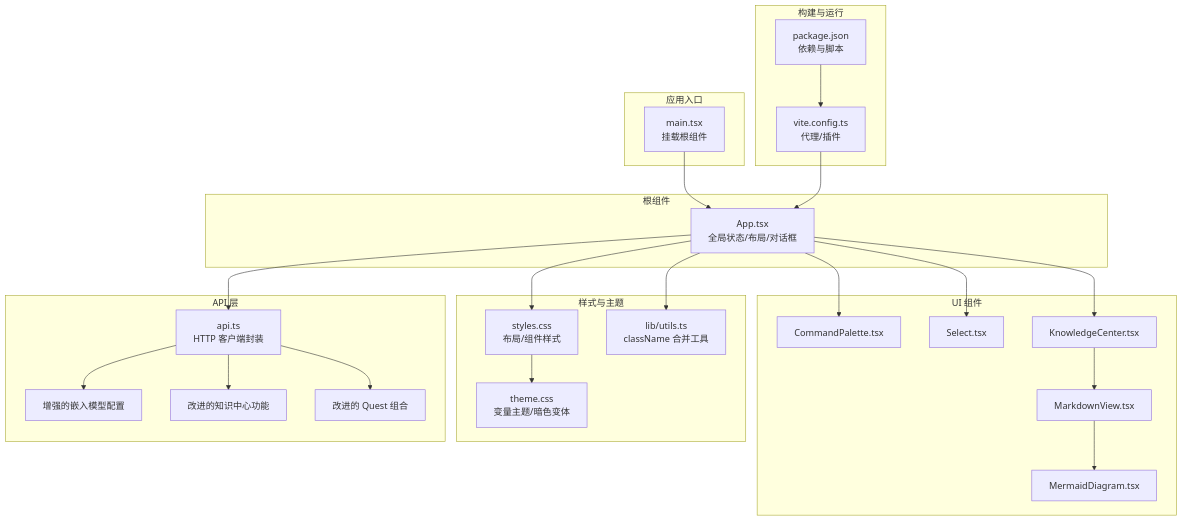
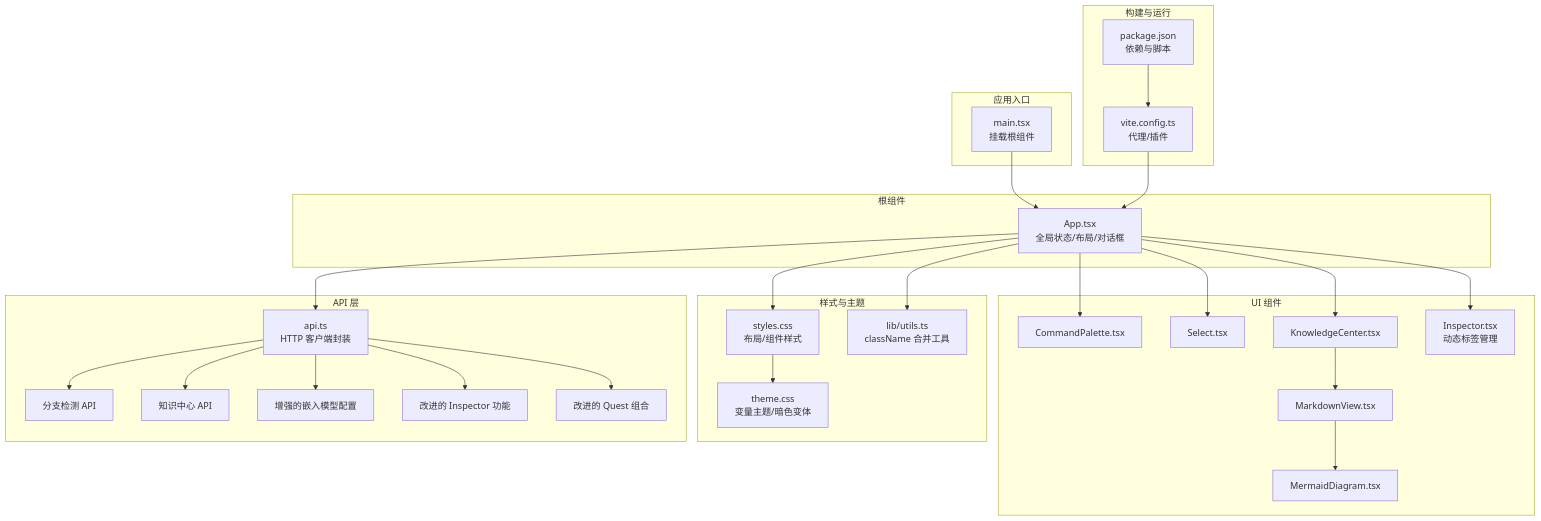
The first of 16 diagrams in .qoder/repowiki/zh/content/Web 前端应用/Web 前端应用.md (coconilu/RepoHelm), drawn with Mermaid before and after one commit. The commit also changed other lines of this file and 16 other files, not shown here.

First line of the commit message:
Add Inspector dynamic tabs and branch detection

````diff
--- a/.qoder/repowiki/zh/content/Web 前端应用/Web 前端应用.md
+++ b/.qoder/repowiki/zh/content/Web 前端应用/Web 前端应用.md
@@ -64,46 +69,52 @@
 ```mermaid
 graph TB
 subgraph "应用入口"
 MAIN["main.tsx<br/>挂载根组件"]
 end
 subgraph "根组件"
 APP["App.tsx<br/>全局状态/布局/对话框"]
 end
 subgraph "UI 组件"
 CMD["CommandPalette.tsx"]
 SEL["Select.tsx"]
 KC["KnowledgeCenter.tsx"]
 MD["MarkdownView.tsx"]
 MG["MermaidDiagram.tsx"]
+INS["Inspector.tsx<br/>动态标签管理"]
 end
 subgraph "样式与主题"
 STY["styles.css<br/>布局/组件样式"]
 THM["theme.css<br/>变量主题/暗色变体"]
 UTL["lib/utils.ts<br/>className 合并工具"]
 end
 subgraph "API 层"
 API["api.ts<br/>HTTP 客户端封装"]
+BRANCH["分支检测 API"]
+KNOWLEDGE["知识中心 API"]
 END["增强的嵌入模型配置"]
-END2["改进的知识中心功能"]
+END2["改进的 Inspector 功能"]
 END3["改进的 Quest 组合"]
 end
 subgraph "构建与运行"
 PKG["package.json<br/>依赖与脚本"]
 VITE["vite.config.ts<br/>代理/插件"]
 end
 MAIN --> APP
 APP --> CMD
 APP --> SEL
 APP --> KC
+APP --> INS
 KC --> MD
 MD --> MG
 APP --> API
 APP --> STY
 STY --> THM
 APP --> UTL
 PKG --> VITE
 VITE --> APP
+API --> BRANCH
+API --> KNOWLEDGE
 API --> END
 API --> END2
 API --> END3
 ```
````
